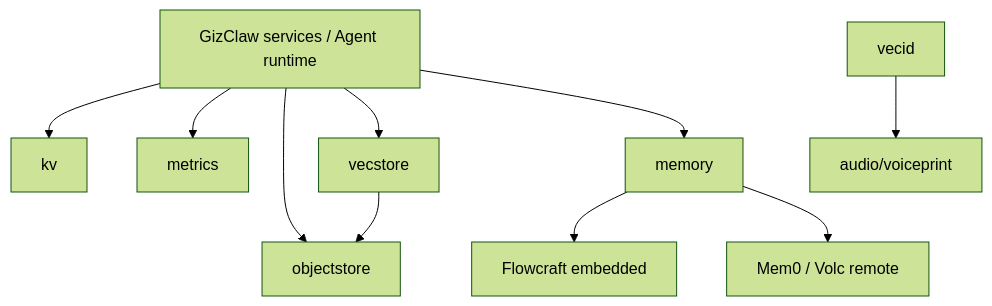
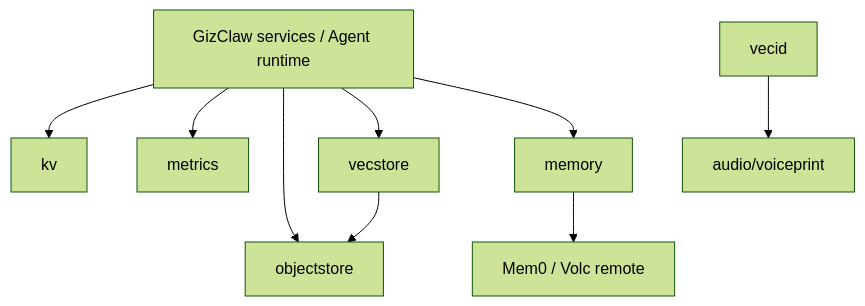
One commit to GizClaw/gizclaw changed the diagram in guides/en/developing/stores/overview.md. Above: the diagram before and after it, drawn with Mermaid (forest theme). The commit also changed 550 other files, not shown here.

First line of the commit message:
repo: retire Flowcraft with native Eino and screenplay acceptance

````diff
--- a/guides/en/developing/stores/overview.md
+++ b/guides/en/developing/stores/overview.md
@@ -31,12 +31,11 @@
 ```mermaid
 flowchart TB
     Domains["GizClaw services / Agent runtime"] --> KV["kv"]
     Domains --> Metrics["metrics"]
     Domains --> Objects["objectstore"]
     Domains --> Vectors["vecstore"]
     Domains --> Memory["memory"]
-    Memory --> Flowcraft["Flowcraft embedded"]
     Memory --> Remote["Mem0 / Volc remote"]
     Vectors --> Objects
     VecID["vecid"] --> Voiceprint["audio/voiceprint"]
 ```
````
